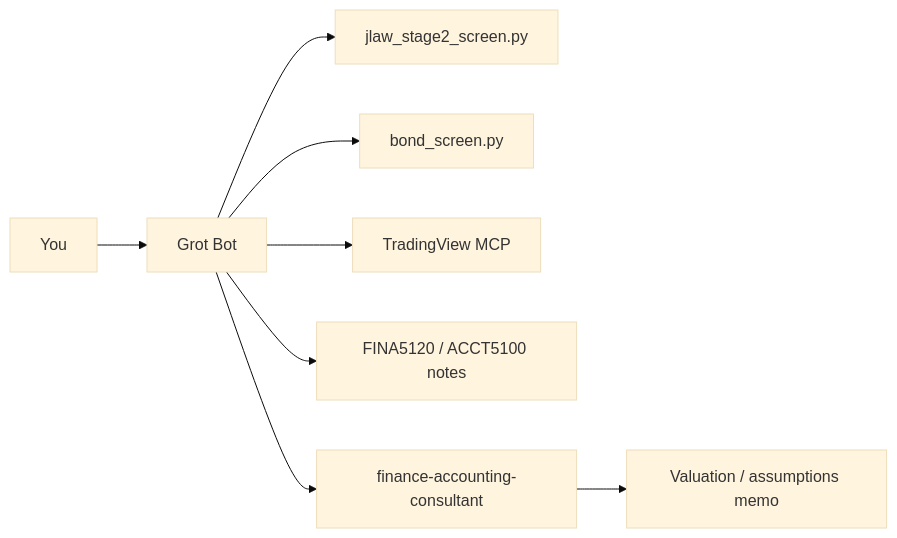
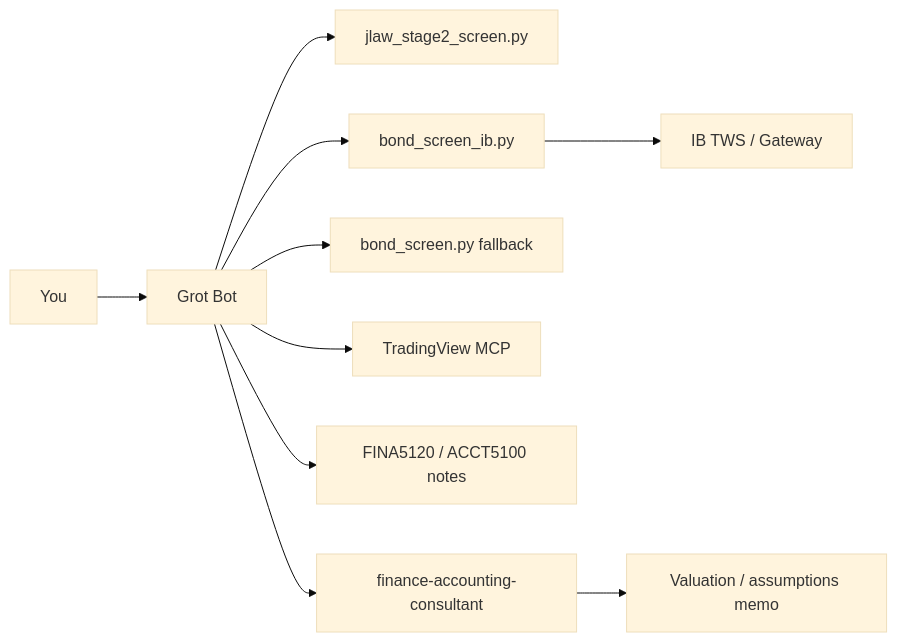
One commit to jackiechow4567-arch/Consultant-agents changed the diagram in investment/README.md. Above: the diagram before and after it, drawn with Mermaid (base theme). The commit also changed other lines of this file and 13 other files, not shown here.

First line of the commit message:
Revise bond screening to use IB TWS as primary data source

````diff
--- a/investment/README.md
+++ b/investment/README.md
@@ -106,10 +121,12 @@
 ```mermaid
 flowchart LR
   You[You] --> Grot[Grot Bot]
   Grot --> Stock[jlaw_stage2_screen.py]
-  Grot --> Bond[bond_screen.py]
+  Grot --> BondIB[bond_screen_ib.py]
+  BondIB --> TWS[IB TWS / Gateway]
+  Grot --> BondETF[bond_screen.py fallback]
   Grot --> TV[TradingView MCP]
   Grot --> MBA[FINA5120 / ACCT5100 notes]
   Grot --> FA[finance-accounting-consultant]
   FA --> Memo[Valuation / assumptions memo]
 ```
````
